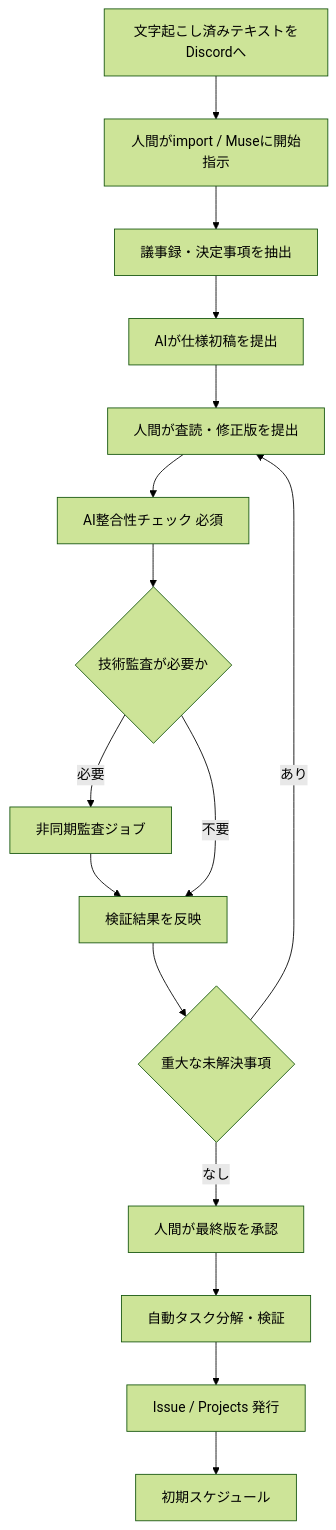
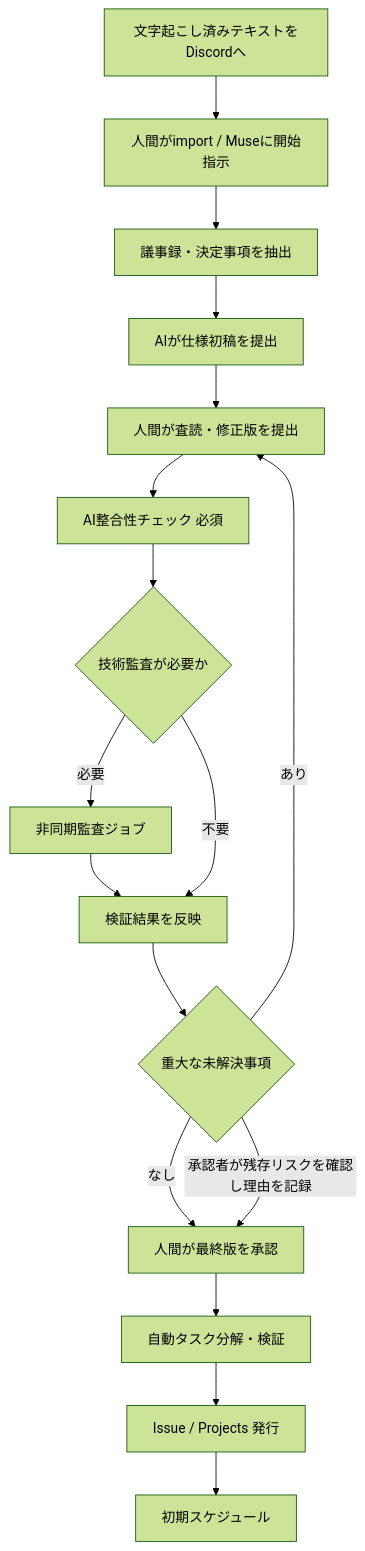
Before and after one commit to sugimoto-blyukher/sprint-relay: the second of 4 diagrams in sprint-relay-v2-specification.md, drawn with Mermaid (forest theme). The commit also changed other lines of this file and 15 other files, not shown here.

````diff
--- a/sprint-relay-v2-specification.md
+++ b/sprint-relay-v2-specification.md
@@ -89,18 +89,19 @@
 ```mermaid
 flowchart TD
     A[文字起こし済みテキストをDiscordへ] --> B[人間がimport / Museに開始指示]
     B --> C[議事録・決定事項を抽出]
     C --> D[AIが仕様初稿を提出]
     D --> E[人間が査読・修正版を提出]
     E --> F[AI整合性チェック 必須]
     F --> G{技術監査が必要か}
     G -->|必要| H[非同期監査ジョブ]
     H --> I[検証結果を反映]
     G -->|不要| I
     I --> J{重大な未解決事項}
     J -->|あり| E
     J -->|なし| K[人間が最終版を承認]
+    J -->|承認者が残存リスクを確認し理由を記録| K
     K --> L[自動タスク分解・検証]
     L --> M[Issue / Projects 発行]
     M --> N[初期スケジュール]
 ```
````
